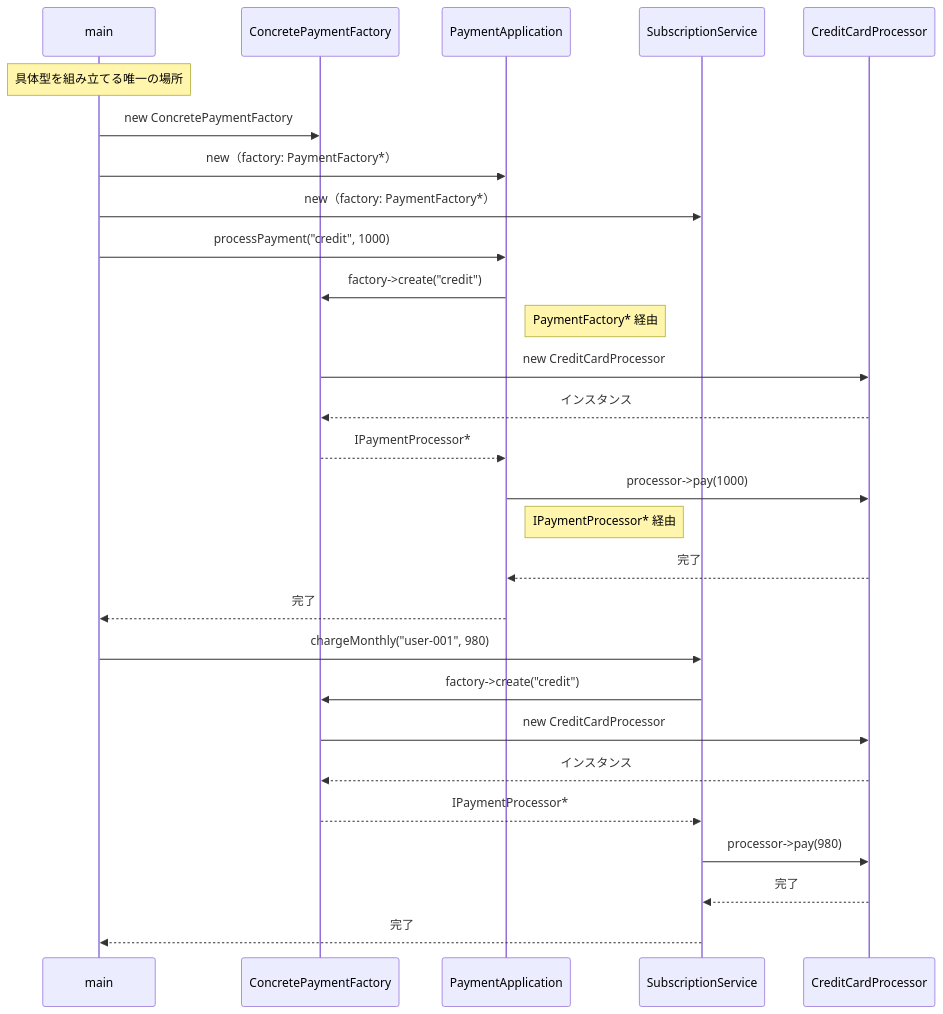
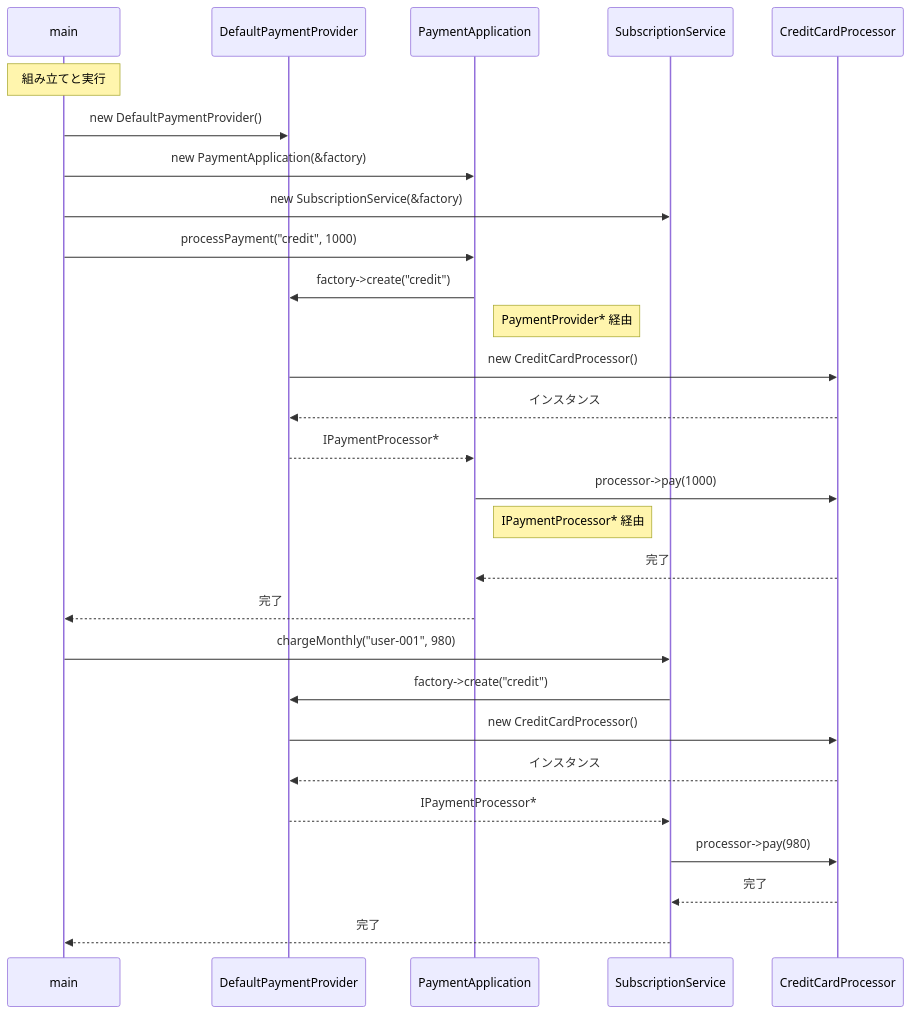
The eighth of 10 diagrams in kindle/design-patterns/output/chapter08.md (kumachan1101-pixel/DesignPattern), drawn with Mermaid before and after one commit. The commit also changed other lines of this file and 1 other file, not shown here.

````diff
--- a/kindle/design-patterns/output/chapter08.md
+++ b/kindle/design-patterns/output/chapter08.md
@@ -1065,30 +1256,30 @@
 ```mermaid
 sequenceDiagram
     participant main
-    participant PF as ConcretePaymentFactory
+    participant PF as DefaultPaymentProvider
     participant PA as PaymentApplication
     participant SS as SubscriptionService
     participant CC as CreditCardProcessor
-    Note over main: 具体型を組み立てる唯一の場所
-    main->>PF: new ConcretePaymentFactory
-    main->>PA: new（factory: PaymentFactory*）
-    main->>SS: new（factory: PaymentFactory*）
+    Note over main: 組み立てと実行
+    main->>PF: new DefaultPaymentProvider()
+    main->>PA: new PaymentApplication(&factory)
+    main->>SS: new SubscriptionService(&factory)
     main->>PA: processPayment("credit", 1000)
     PA->>PF: factory->create("credit")
-    Note right of PA: PaymentFactory* 経由
-    PF->>CC: new CreditCardProcessor
+    Note right of PA: PaymentProvider* 経由
+    PF->>CC: new CreditCardProcessor()
     CC-->>PF: インスタンス
     PF-->>PA: IPaymentProcessor*
     PA->>CC: processor->pay(1000)
     Note right of PA: IPaymentProcessor* 経由
     CC-->>PA: 完了
     PA-->>main: 完了
     main->>SS: chargeMonthly("user-001", 980)
     SS->>PF: factory->create("credit")
-    PF->>CC: new CreditCardProcessor
+    PF->>CC: new CreditCardProcessor()
     CC-->>PF: インスタンス
     PF-->>SS: IPaymentProcessor*
     SS->>CC: processor->pay(980)
     CC-->>SS: 完了
     SS-->>main: 完了
 ```
````
